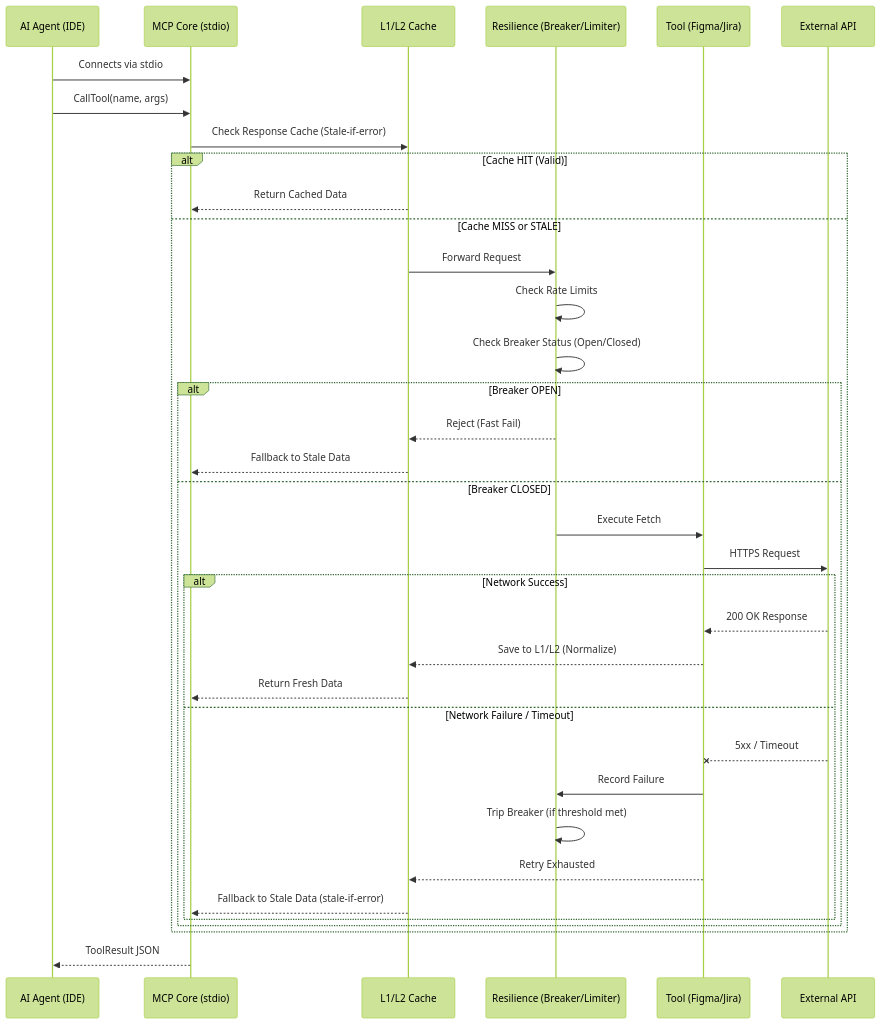
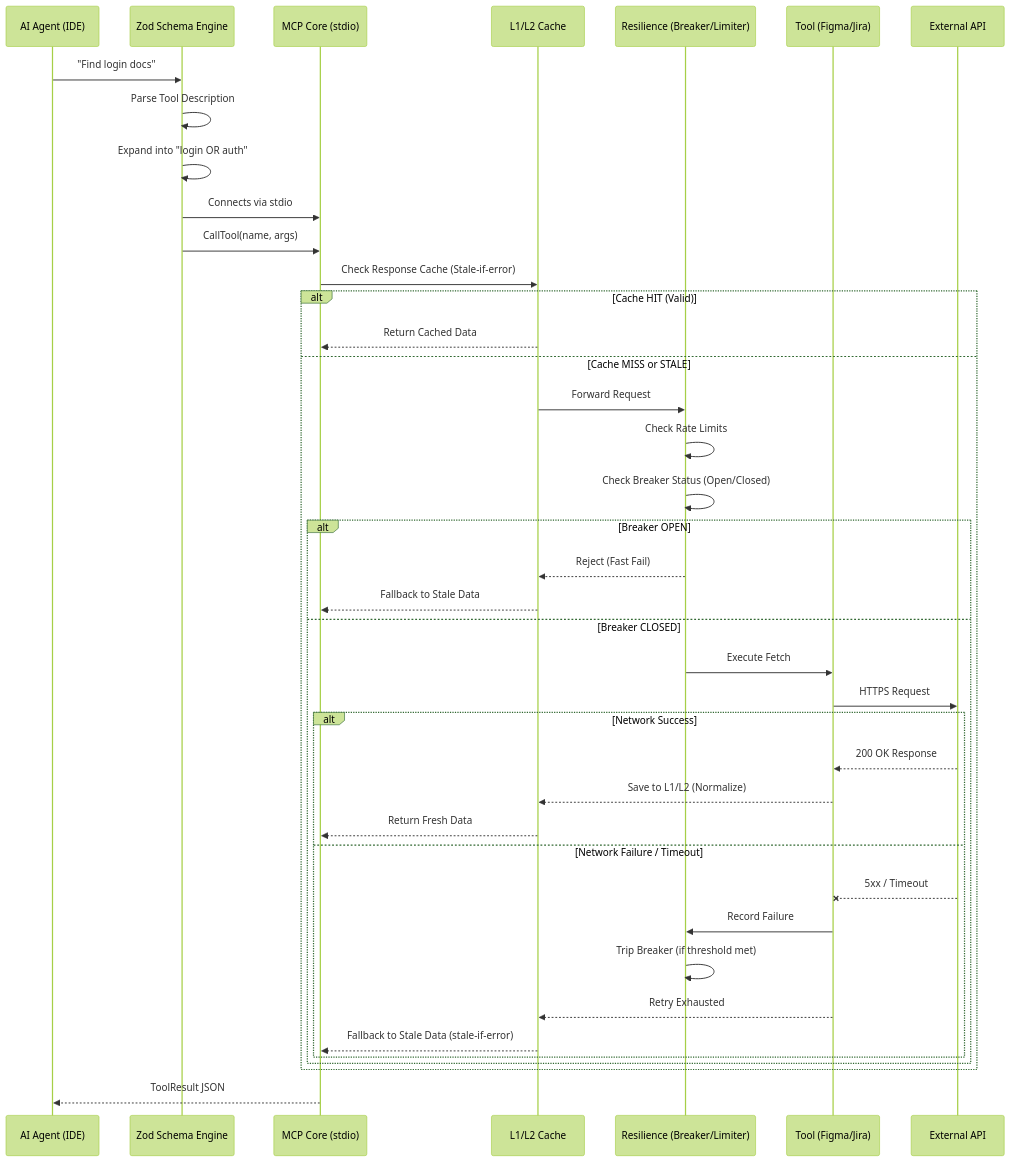
The second of 2 diagrams in README.md (cachep-xidau/MCP-server), drawn with Mermaid (forest theme) before and after one commit. The commit also changed other lines of this file, not shown here.

Commit message:
docs: add zod schema engine prompt expansion step to diagrams

````diff
--- a/README.md
+++ b/README.md
@@ -62,44 +67,48 @@
 ```mermaid
 sequenceDiagram
     participant AGY as AI Agent (IDE)
+    participant schema as Zod Schema Engine
     participant Core as MCP Core (stdio)
     participant Cache as L1/L2 Cache
     participant Res as Resilience (Breaker/Limiter)
     participant Tool as Tool (Figma/Jira)
     participant Ext as External API
     
-    AGY->>Core: Connects via stdio
-    AGY->>Core: CallTool(name, args)
+    AGY->>schema: "Find login docs"
+    schema->>schema: Parse Tool Description
+    schema->>schema: Expand into "login OR auth"
+    schema->>Core: Connects via stdio
+    schema->>Core: CallTool(name, args)
     
     Core->>Cache: Check Response Cache (Stale-if-error)
     alt Cache HIT (Valid)
         Cache-->>Core: Return Cached Data
     else Cache MISS or STALE
         Cache->>Res: Forward Request
         
         Res->>Res: Check Rate Limits
         Res->>Res: Check Breaker Status (Open/Closed)
         
         alt Breaker OPEN
             Res-->>Cache: Reject (Fast Fail)
             Cache-->>Core: Fallback to Stale Data
         else Breaker CLOSED
             Res->>Tool: Execute Fetch
             Tool->>Ext: HTTPS Request
             
             alt Network Success
                 Ext-->>Tool: 200 OK Response
                 Tool-->>Cache: Save to L1/L2 (Normalize)
                 Cache-->>Core: Return Fresh Data
             else Network Failure / Timeout
                 Ext--xTool: 5xx / Timeout
                 Tool->>Res: Record Failure
                 Res->>Res: Trip Breaker (if threshold met)
                 Tool-->>Cache: Retry Exhausted
                 Cache-->>Core: Fallback to Stale Data (stale-if-error)
             end
         end
     end
     
     Core-->>AGY: ToolResult JSON
 ```
````
